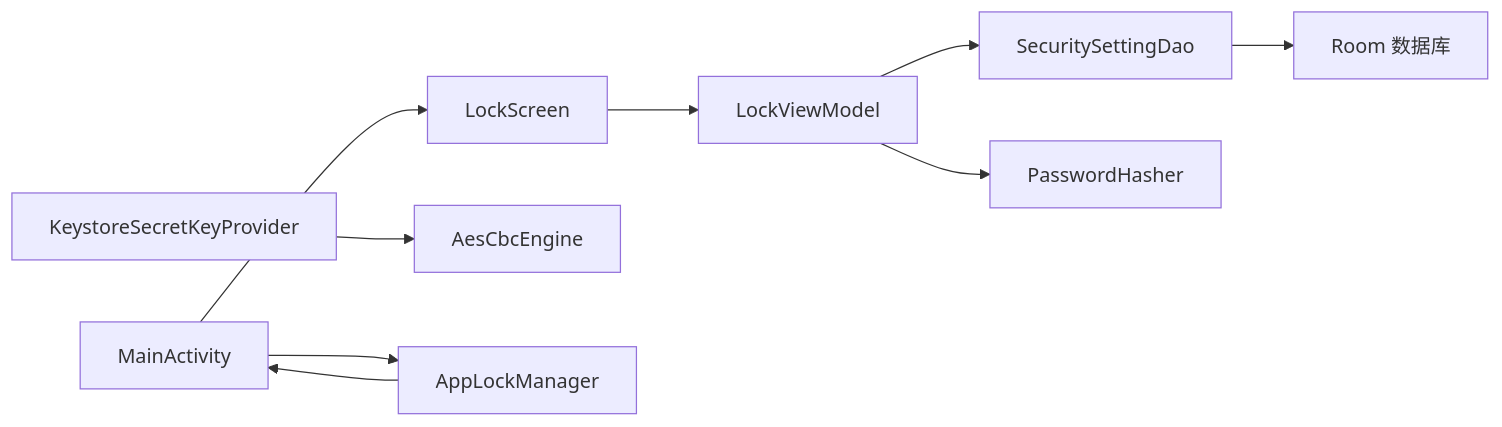
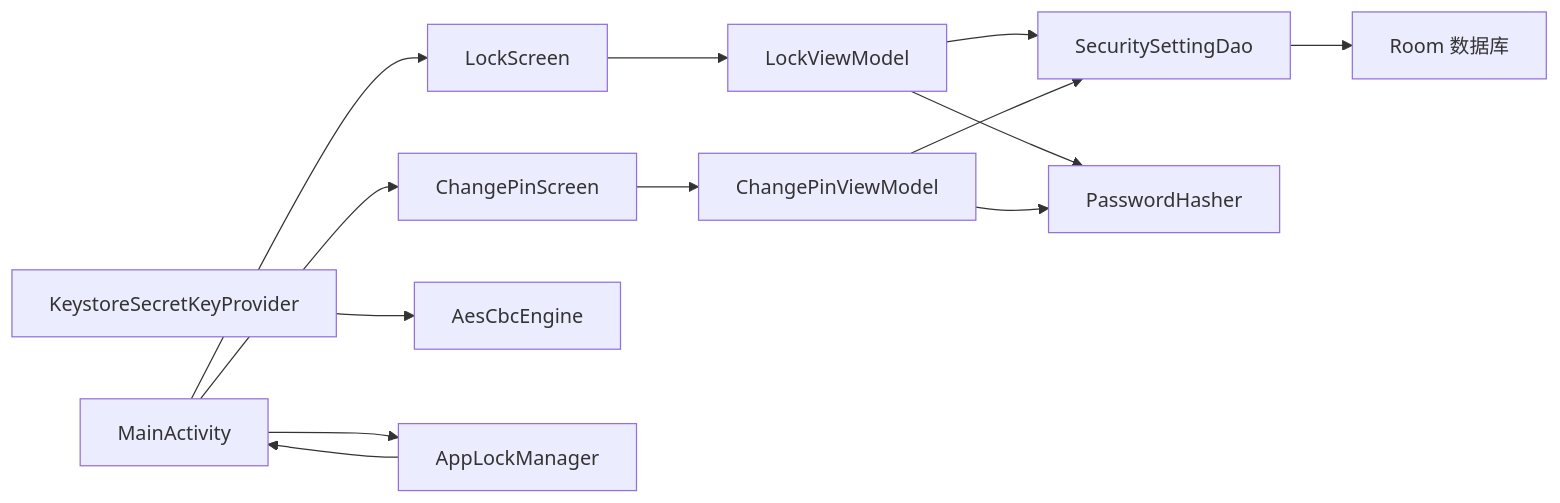
Before and after one commit to wanhongbo/ai-photo-vault: the tenth of 10 diagrams in .qoder/repowiki/zh/content/项目概述/核心功能特性/安全解锁系统.md, drawn with Mermaid. The commit also changed other lines of this file and 22 other files, not shown here.

````diff
--- a/.qoder/repowiki/zh/content/项目概述/核心功能特性/安全解锁系统.md
+++ b/.qoder/repowiki/zh/content/项目概述/核心功能特性/安全解锁系统.md
@@ -324,11 +431,15 @@
 ```mermaid
 graph LR
 LS["LockScreen"] --> LVM["LockViewModel"]
+CPS["ChangePinScreen"] --> CPVM["ChangePinViewModel"]
 LVM --> DAO["SecuritySettingDao"]
+CPVM --> DAO
 DAO --> DB["Room 数据库"]
 LVM --> PH["PasswordHasher"]
+CPVM --> PH
 KSP["KeystoreSecretKeyProvider"] --> AE["AesCbcEngine"]
 MS["MainActivity"] --> ALM["AppLockManager"]
 MS --> LS
+MS --> CPS
 ALM --> MS
 ```
````
